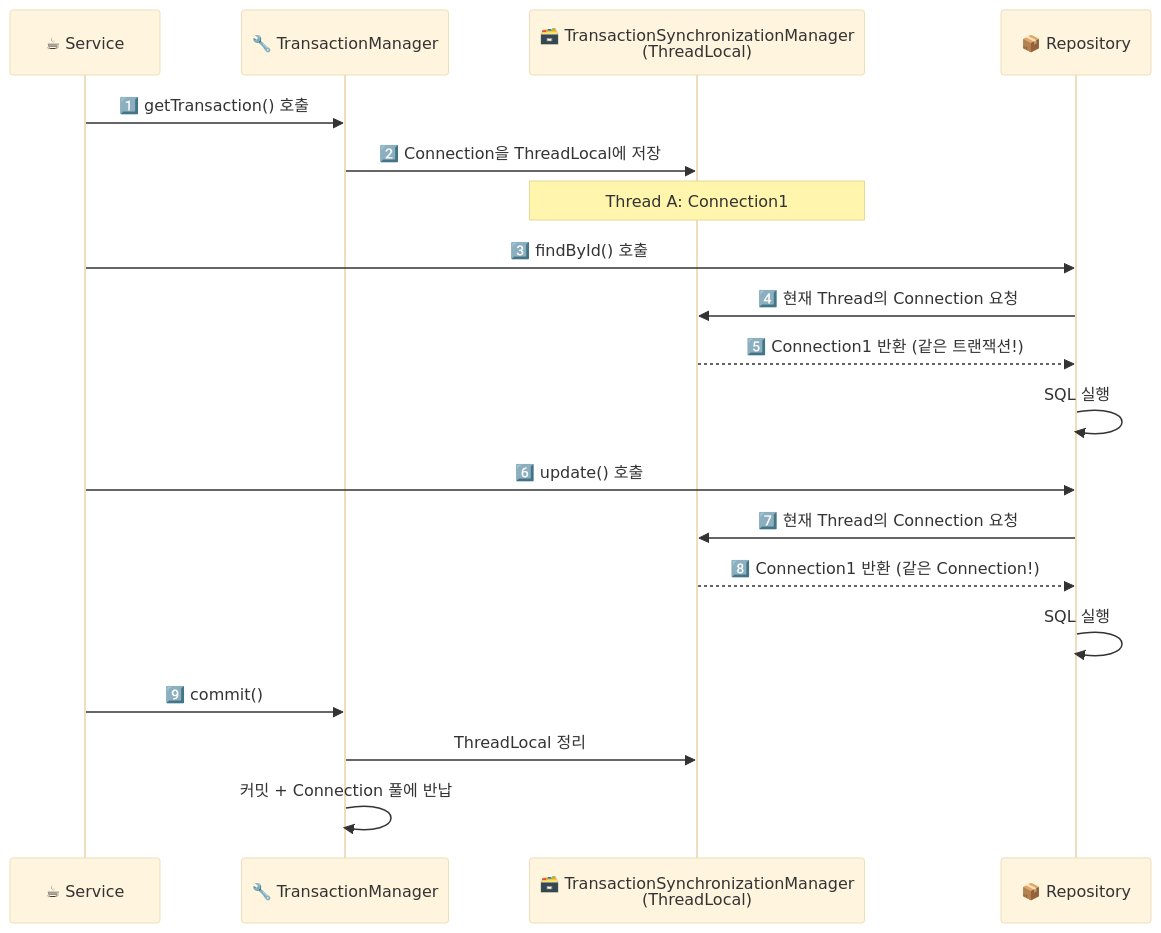
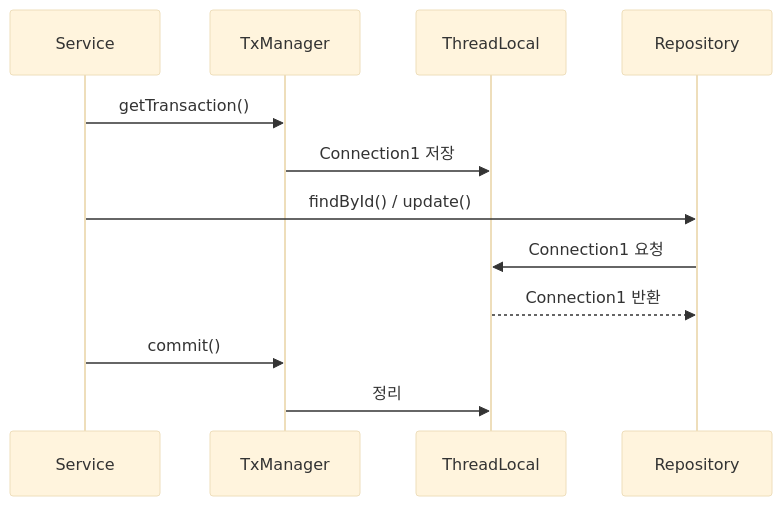
One commit to yjkim2015/yjkim2015.github.io changed the sixth of 11 diagrams in _posts/spring/2026-05-02-spring-db-1.md. Above: the diagram before and after it, drawn with Mermaid (base theme). The commit also changed other lines of this file and 215 other files, not shown here.

First line of the commit message:
신규 포스트 10개 추가 + Mermaid 전면 축소 + SystemDesign 시리즈 보강

````diff
--- a/_posts/spring/2026-05-02-spring-db-1.md
+++ b/_posts/spring/2026-05-02-spring-db-1.md
@@ -397,24 +330,14 @@
 ```mermaid
 sequenceDiagram
-    participant S as ☕ Service
-    participant TM as 🔧 TransactionManager
-    participant TSM as 🗃️ TransactionSynchronizationManager<br>(ThreadLocal)
-    participant R as 📦 Repository
-
-    S->>TM: 1️⃣ getTransaction() 호출
-    TM->>TSM: 2️⃣ Connection을 ThreadLocal에 저장
-    Note over TSM: Thread A: Connection1
-    S->>R: 3️⃣ findById() 호출
-    R->>TSM: 4️⃣ 현재 Thread의 Connection 요청
-    TSM-->>R: 5️⃣ Connection1 반환 (같은 트랜잭션!)
-    R->>R: SQL 실행
-
-    S->>R: 6️⃣ update() 호출
-    R->>TSM: 7️⃣ 현재 Thread의 Connection 요청
-    TSM-->>R: 8️⃣ Connection1 반환 (같은 Connection!)
-    R->>R: SQL 실행
-
-    S->>TM: 9️⃣ commit()
-    TM->>TSM: ThreadLocal 정리
-    TM->>TM: 커밋 + Connection 풀에 반납
+    participant S as Service
+    participant TM as TxManager
+    participant TL as ThreadLocal
+    participant R as Repository
+    S->>TM: getTransaction()
+    TM->>TL: Connection1 저장
+    S->>R: findById() / update()
+    R->>TL: Connection1 요청
+    TL-->>R: Connection1 반환
+    S->>TM: commit()
+    TM->>TL: 정리
 ```
````
